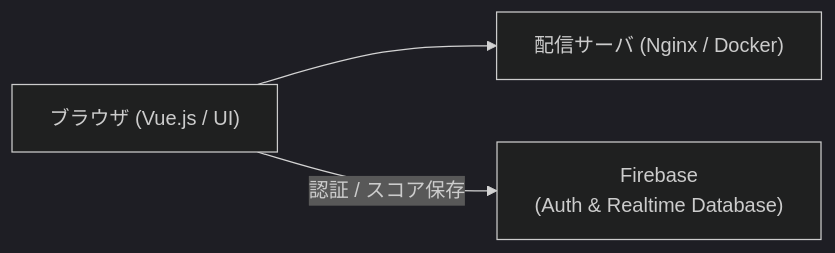
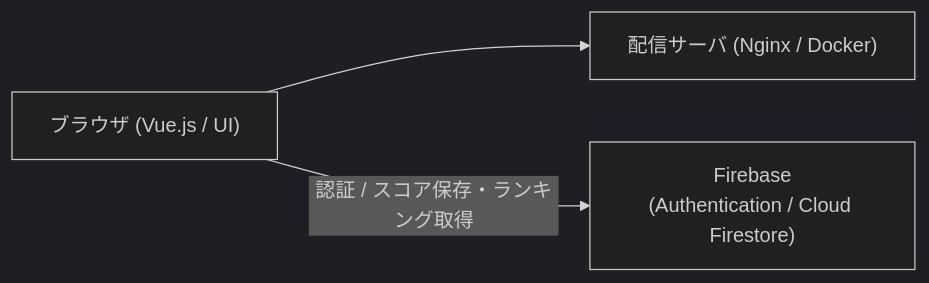
One commit to shin4488/BaseballGame changed the diagram in README.md. Above: the diagram before and after it, drawn with Mermaid (dark theme). The commit also changed other lines of this file and 3 other files, not shown here.

````diff
--- a/README.md
+++ b/README.md
@@ -28,5 +21,5 @@
 ```mermaid
 flowchart LR
     Browser["ブラウザ (Vue.js / UI)"] --> Nginx["配信サーバ (Nginx / Docker)"]
-    Browser -->|"認証 / スコア保存"| Firebase["Firebase<br>(Auth & Realtime Database)"]
+    Browser -->|"認証 / スコア保存・ランキング取得"| Firebase["Firebase<br>(Authentication / Cloud Firestore)"]
 ```
````
